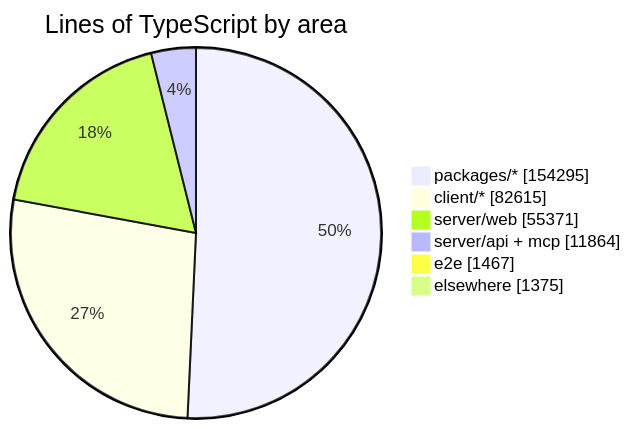
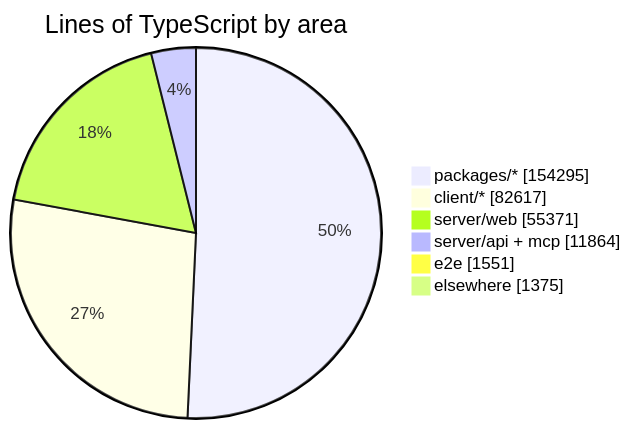
The diagram in README.md (crossworks-engineering/mantle), drawn with Mermaid before and after one commit. The commit also changed other lines of this file and 4 other files, not shown here.

````diff
--- a/README.md
+++ b/README.md
@@ -279,9 +279,9 @@
 ```mermaid
 pie showData title Lines of TypeScript by area
     "packages/*" : 154295
-    "client/*" : 82615
+    "client/*" : 82617
     "server/web" : 55371
     "server/api + mcp" : 11864
-    "e2e" : 1467
+    "e2e" : 1551
     "elsewhere" : 1375
 ```
````
